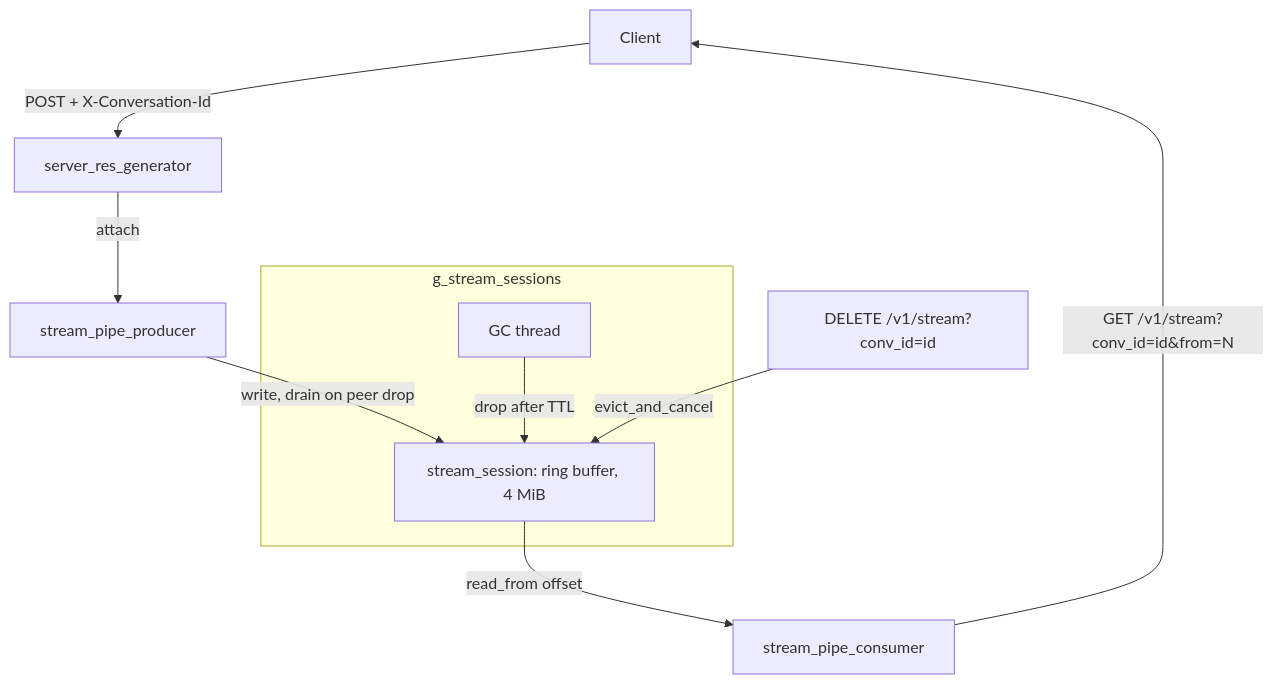
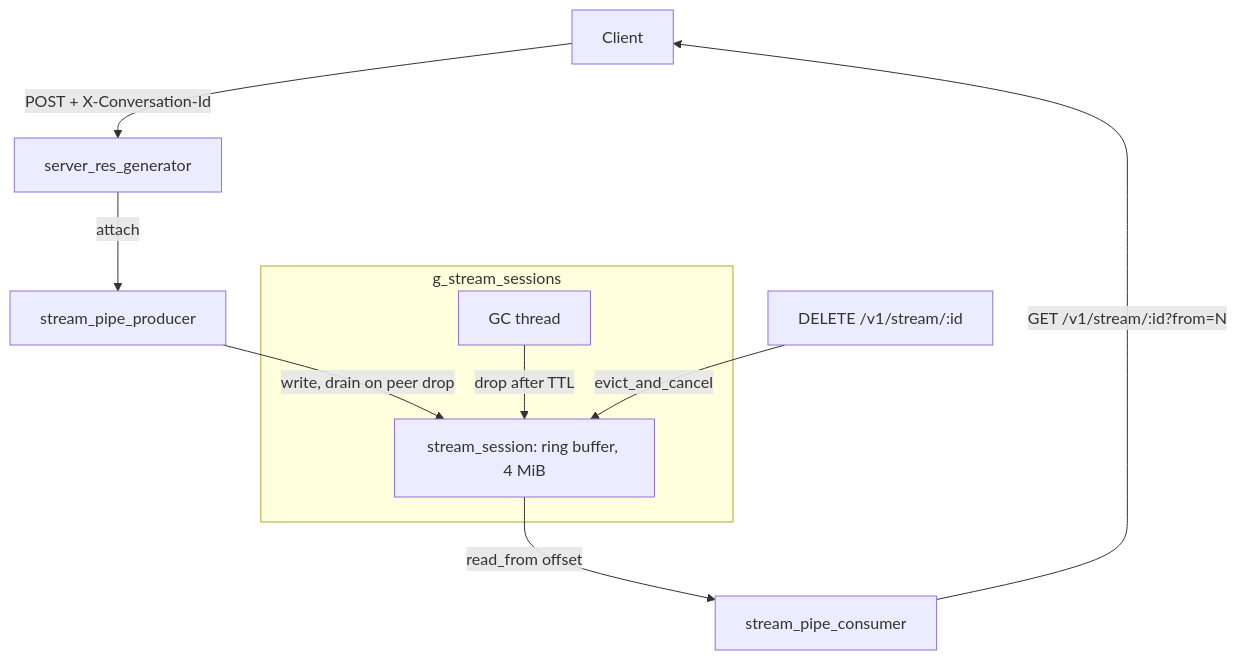
One commit to sangharshadhyeta/solid.cpp changed the second of 2 diagrams in tools/server/README-dev.md. Above: the diagram before and after it, drawn with Mermaid. The commit also changed other lines of this file and 1487 other files, not shown here.

````diff
--- a/tools/server/README-dev.md
+++ b/tools/server/README-dev.md
@@ -159,13 +157,13 @@
 ```mermaid
 graph TD
     Client -- "POST + X-Conversation-Id" --> RG[server_res_generator]
     RG -- attach --> Prod[stream_pipe_producer]
     Prod -- "write, drain on peer drop" --> Sess
     subgraph g_stream_sessions
         Sess[stream_session: ring buffer, 4 MiB]
         GC[GC thread] -- drop after TTL --> Sess
     end
     Sess -- read_from offset --> Cons[stream_pipe_consumer]
-    Cons -- "GET /v1/stream?conv_id=id&from=N" --> Client
-    DEL[DELETE /v1/stream?conv_id=id] -- evict_and_cancel --> Sess
+    Cons -- "GET /v1/stream/:id?from=N" --> Client
+    DEL[DELETE /v1/stream/:id] -- evict_and_cancel --> Sess
 ```
````
